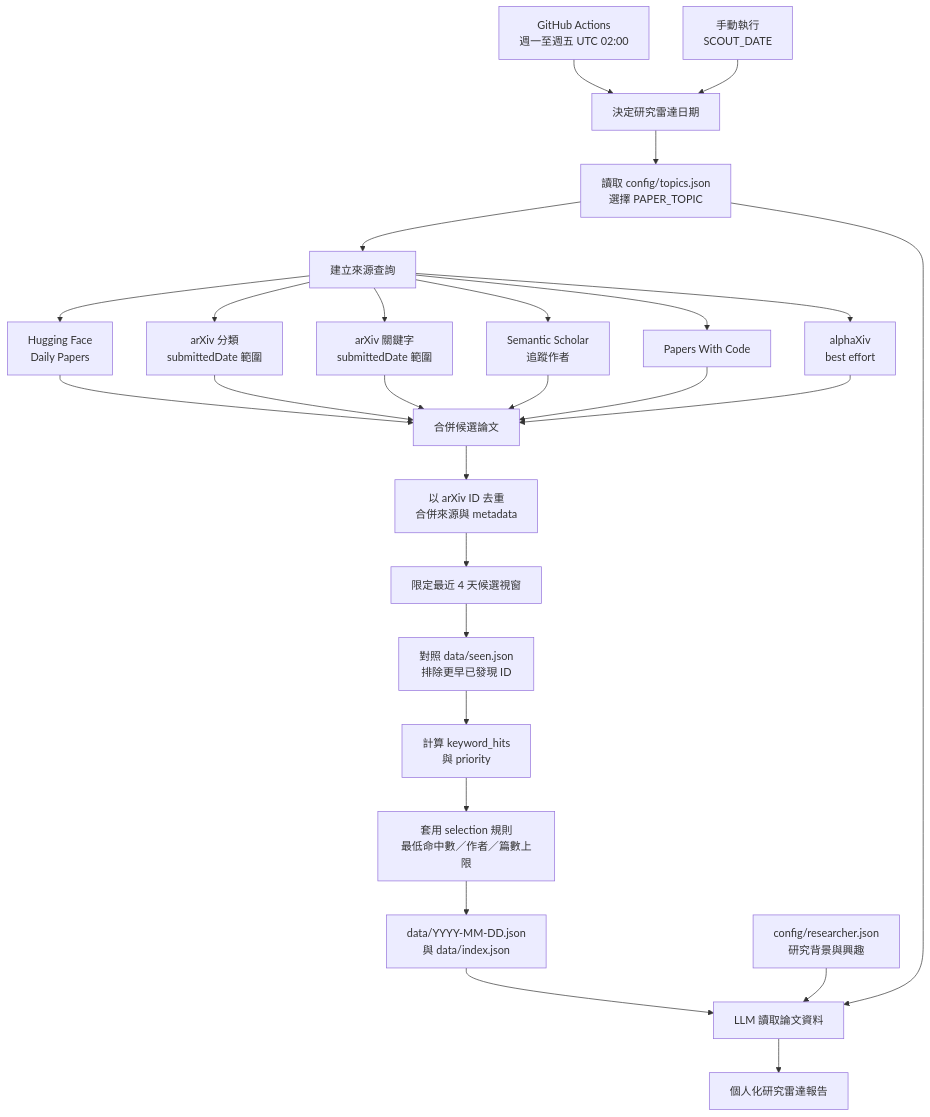
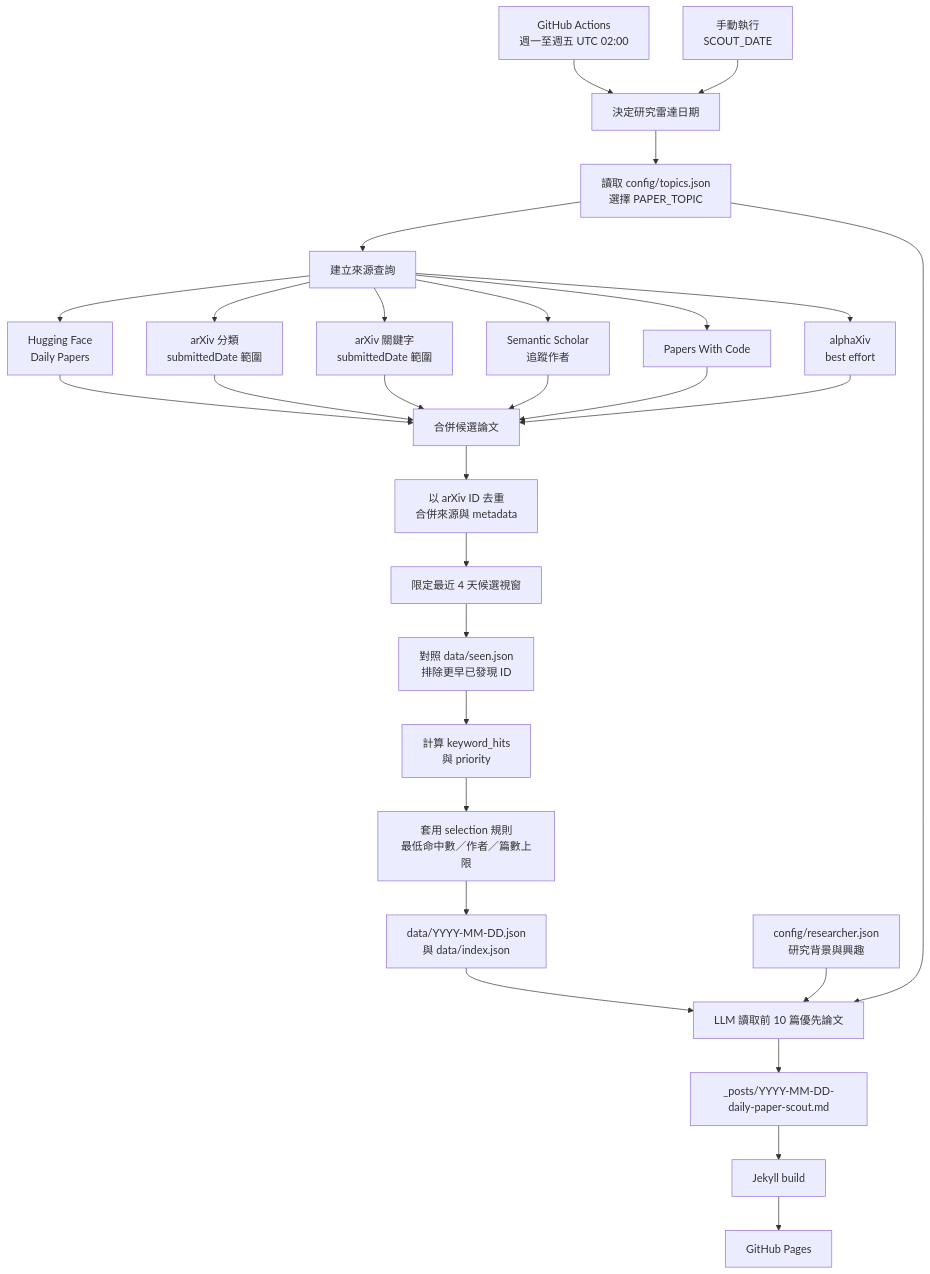
The diagram in README.md (tbdavid2019/paper-daily), drawn with Mermaid before and after one commit. The commit also changed other lines of this file and 1 other file, not shown here.

Commit message:
docs: document LLM blog and Pages deployment

````diff
--- a/README.md
+++ b/README.md
@@ -52,34 +65,36 @@
 ```mermaid
 flowchart TD
     A[GitHub Actions<br/>週一至週五 UTC 02:00] --> C[決定研究雷達日期]
     B[手動執行<br/>SCOUT_DATE] --> C
 
     C --> D[讀取 config/topics.json<br/>選擇 PAPER_TOPIC]
     D --> E[建立來源查詢]
 
     E --> F1[Hugging Face<br/>Daily Papers]
     E --> F2[arXiv 分類<br/>submittedDate 範圍]
     E --> F3[arXiv 關鍵字<br/>submittedDate 範圍]
     E --> F4[Semantic Scholar<br/>追蹤作者]
     E --> F5[Papers With Code]
     E --> F6[alphaXiv<br/>best effort]
 
     F1 --> G[合併候選論文]
     F2 --> G
     F3 --> G
     F4 --> G
     F5 --> G
     F6 --> G
 
     G --> H[以 arXiv ID 去重<br/>合併來源與 metadata]
     H --> I[限定最近 4 天候選視窗]
     I --> I2[對照 data/seen.json<br/>排除更早已發現 ID]
     I2 --> J[計算 keyword_hits<br/>與 priority]
     J --> K[套用 selection 規則<br/>最低命中數／作者／篇數上限]
     K --> L[data/YYYY-MM-DD.json<br/>與 data/index.json]
 
-    L --> M[LLM 讀取論文資料]
+    L --> M[LLM 讀取前 10 篇優先論文]
     N[config/researcher.json<br/>研究背景與興趣] --> M
     D --> M
-    M --> O[個人化研究雷達報告]
+    M --> O[_posts/YYYY-MM-DD-daily-paper-scout.md]
+    O --> P[Jekyll build]
+    P --> Q[GitHub Pages]
 ```
````
